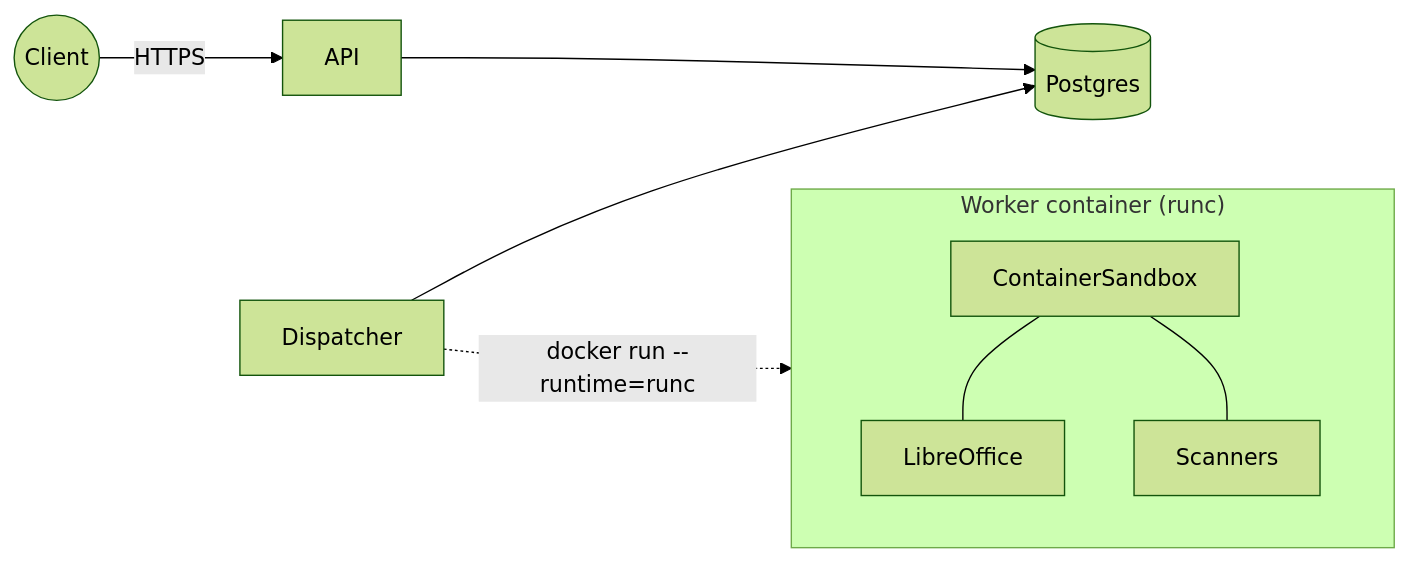
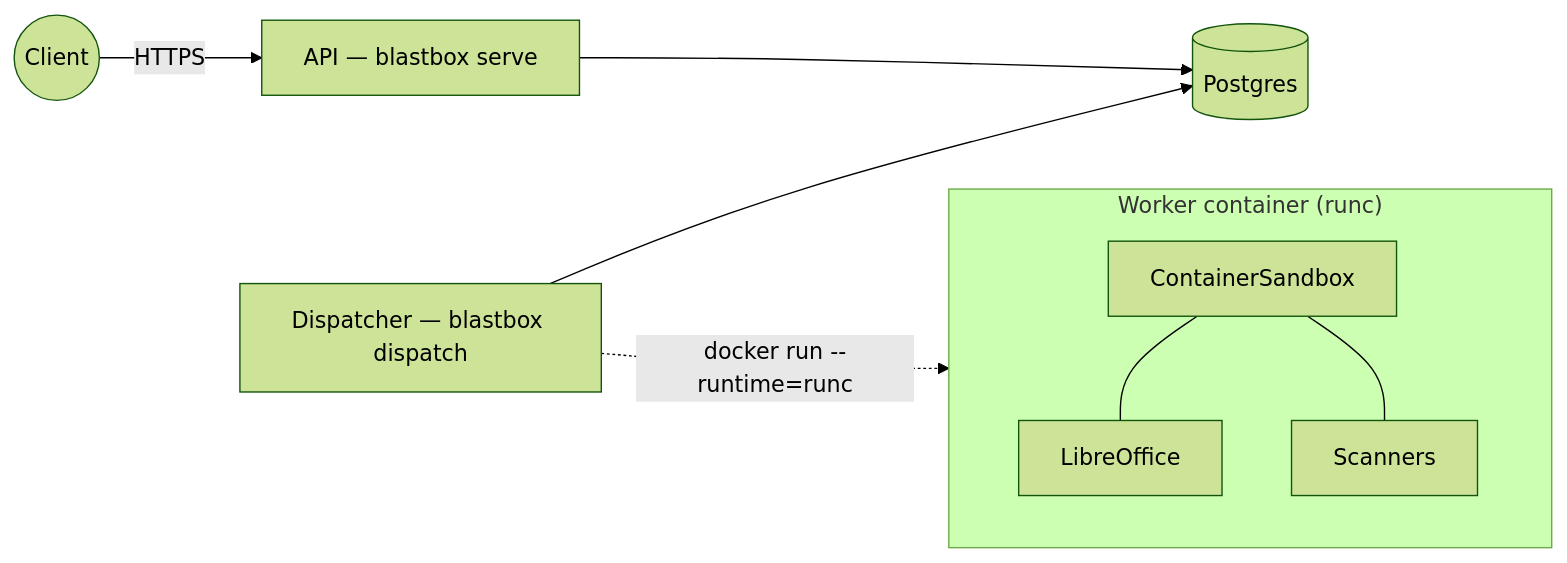
Before and after one commit to wmetcalf/clippyshot: the second of 4 diagrams in README.md, drawn with Mermaid (forest theme). The commit also changed other lines of this file and 1 other file, not shown here.

````diff
--- a/README.md
+++ b/README.md
@@ -211,16 +245,16 @@
 ```mermaid
 flowchart LR
     client((Client))
-    api[API]
-    disp[Dispatcher]
+    api["API — blastbox serve"]
+    disp["Dispatcher — blastbox dispatch"]
     pg[(Postgres)]
     subgraph worker["Worker container (runc)"]
         cs[ContainerSandbox]
         cs --- soff[LibreOffice]
         cs --- scan[Scanners]
     end
     client -->|HTTPS| api
     api --> pg
     disp --> pg
     disp -.->|docker run --runtime=runc| worker
 ```
````
